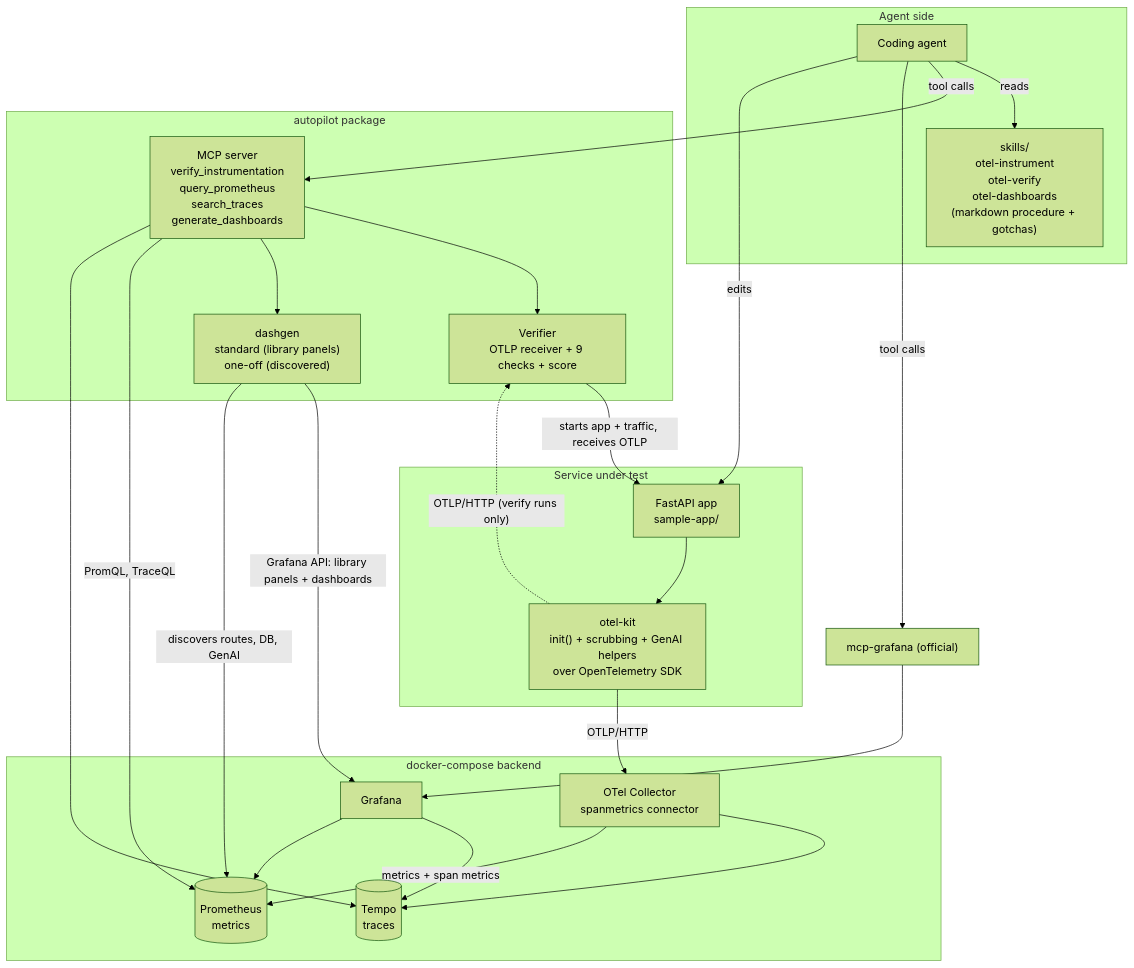
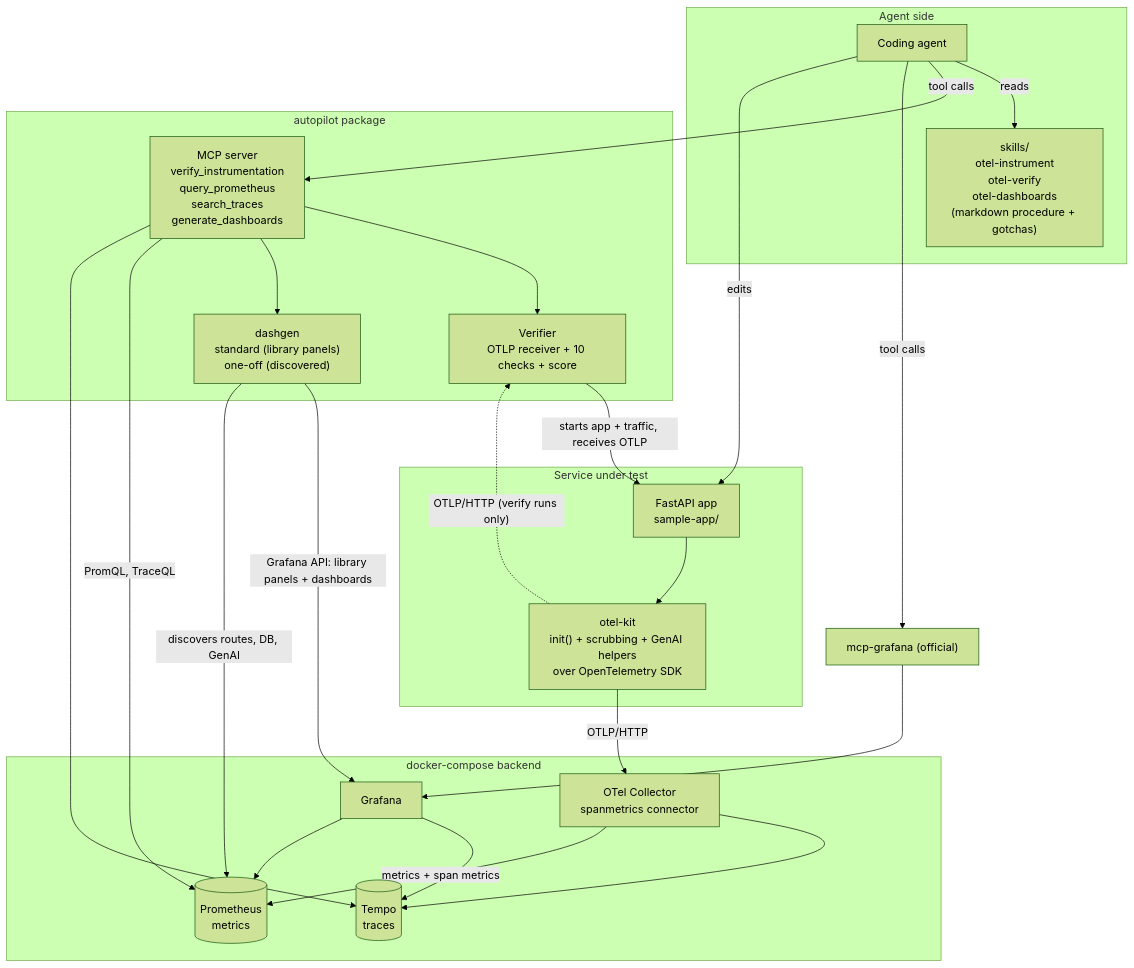
Before and after one commit to tejvirmann/otel-autopilot: the second of 3 diagrams in docs/architecture.md, drawn with Mermaid (forest theme). The commit also changed 6 other files, not shown here.

````diff
--- a/docs/architecture.md
+++ b/docs/architecture.md
@@ -25,43 +25,43 @@
 ```mermaid
 flowchart TB
     subgraph agentside [Agent side]
         agent[Coding agent]
         skills["skills/<br/>otel-instrument<br/>otel-verify<br/>otel-dashboards<br/>(markdown procedure + gotchas)"]
     end
     subgraph pkg [autopilot package]
         mcp["MCP server<br/>verify_instrumentation<br/>query_prometheus<br/>search_traces<br/>generate_dashboards"]
-        ver["Verifier<br/>OTLP receiver + 9 checks + score"]
+        ver["Verifier<br/>OTLP receiver + 10 checks + score"]
         dash["dashgen<br/>standard (library panels)<br/>one-off (discovered)"]
     end
     subgraph app [Service under test]
         code["FastAPI app<br/>sample-app/"]
         kit["otel-kit<br/>init() + scrubbing + GenAI helpers<br/>over OpenTelemetry SDK"]
     end
     subgraph stack [docker-compose backend]
         col["OTel Collector<br/>spanmetrics connector"]
         tempo[(Tempo<br/>traces)]
         prom[(Prometheus<br/>metrics)]
         graf[Grafana]
     end
     gmcp["mcp-grafana (official)"]
 
     agent -- reads --> skills
     agent -- tool calls --> mcp
     agent -- tool calls --> gmcp
     agent -- edits --> code
     code --> kit
     mcp --> ver
     mcp --> dash
     ver -- "starts app + traffic, receives OTLP" --> code
     kit -- OTLP/HTTP --> col
     kit -. "OTLP/HTTP (verify runs only)" .-> ver
     col --> tempo
     col -- "metrics + span metrics" --> prom
     graf --> tempo
     graf --> prom
     dash -- "Grafana API: library panels + dashboards" --> graf
     dash -- "discovers routes, DB, GenAI" --> prom
     gmcp --> graf
     mcp -- "PromQL, TraceQL" --> prom
     mcp --> tempo
 ```
````
